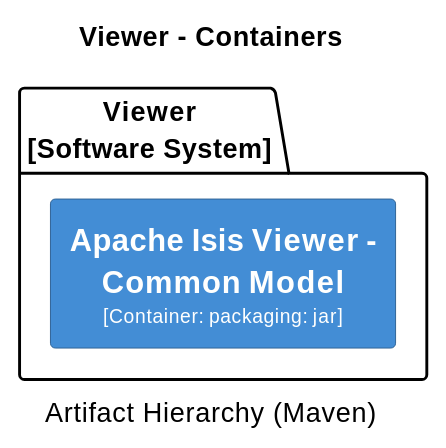
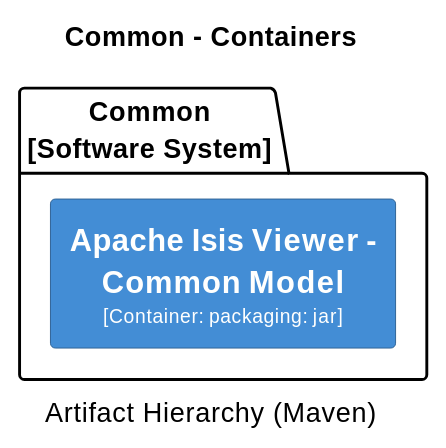
One commit to apache/causeway changed diagram 14 of 38 in core/adoc/modules/_overview/pages/about.adoc. Above: the diagram before and after it, drawn with PlantUML. The commit also changed other lines of this file and 2 other files, not shown here.

Commit message:
ISIS-2550 : minor doc edits is all

```diff
--- a/core/adoc/modules/_overview/pages/about.adoc
+++ b/core/adoc/modules/_overview/pages/about.adoc
@@ -2487,25 +2489,25 @@
-[plantuml,Viewer,svg]
+[plantuml,Common,svg]
 ----
-@startuml(id=Viewer)
-title Viewer - Containers
+@startuml(id=Common)
+title Common - Containers
 caption Artifact Hierarchy (Maven)
 
 skinparam {
   shadowing false
   arrowFontSize 10
   defaultTextAlignment center
   wrapWidth 200
   maxMessageSize 100
 }
 hide stereotype
 left to right direction
 skinparam rectangle<<2>> {
   BackgroundColor #438dd5
   FontColor #fffffe
   BorderColor #2E6295
 }
-package "Viewer\n[Software System]" {
+package "Common\n[Software System]" {
   rectangle "==Apache Isis Viewer - Common Model\n<size:10>[Container: packaging: jar]</size>" <<2>> as 2
 }
 @enduml
 ----
```
